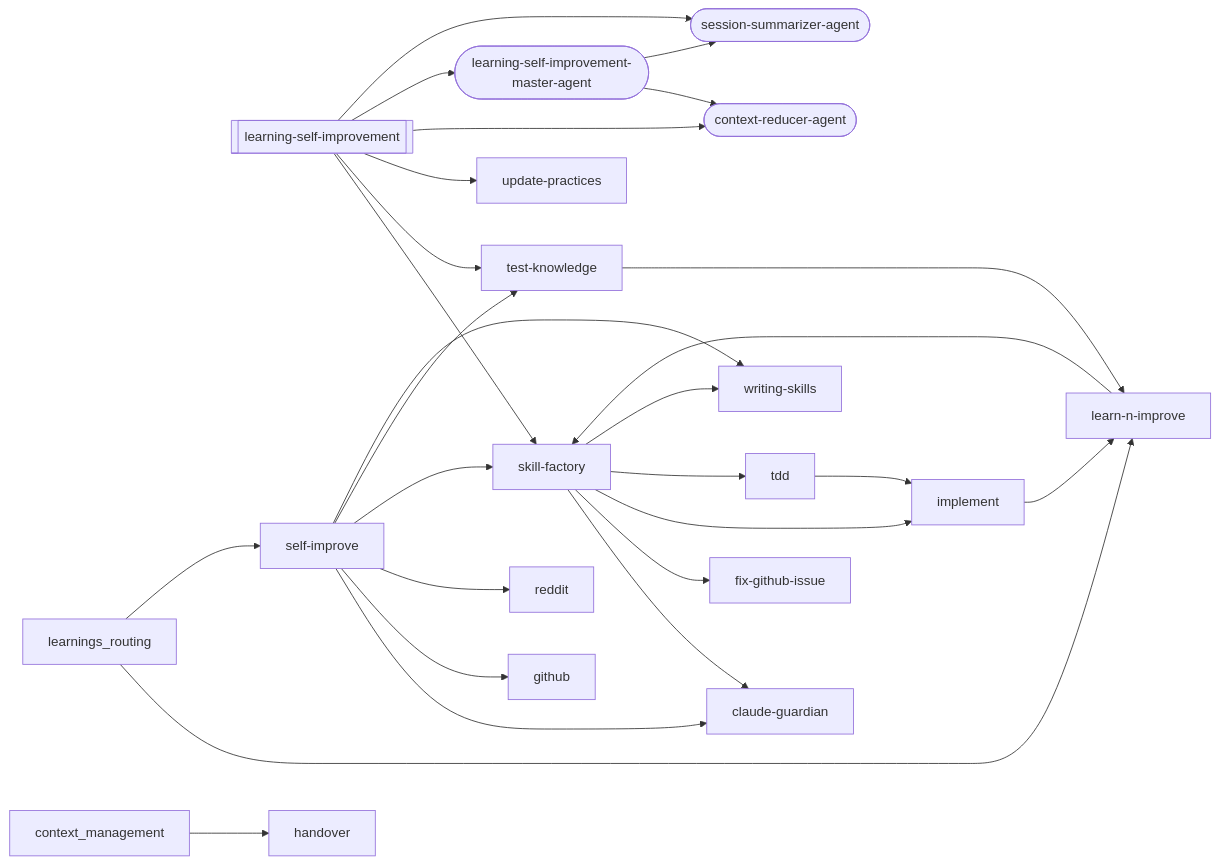
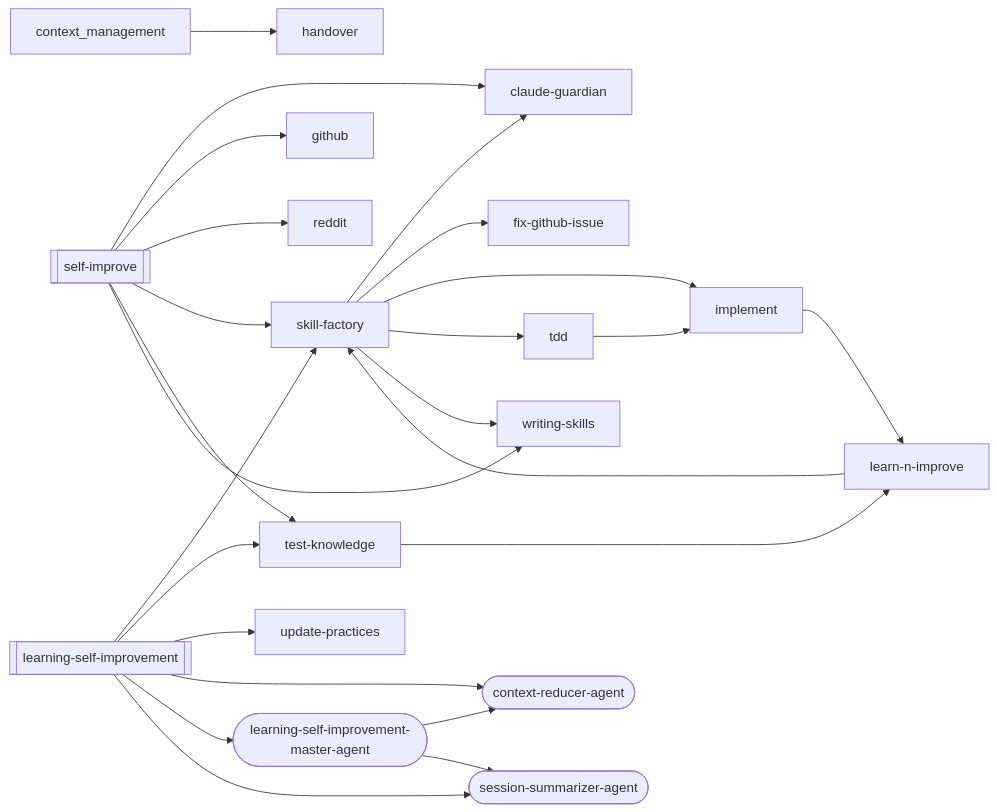
One commit to abhayla/claude-best-practices changed the third of 20 diagrams in docs/workflows/learning-self-improvement.md. Above: the diagram before and after it, drawn with Mermaid. The commit also changed other lines of this file and 25 other files, not shown here.

````diff
--- a/docs/workflows/learning-self-improvement.md
+++ b/docs/workflows/learning-self-improvement.md
@@ -367,46 +364,44 @@
 ```mermaid
 graph LR
     learning_self_improvement[["learning-self-improvement"]]
+    self_improve[["self-improve"]]
     claude_guardian["claude-guardian"]
     context_reducer_agent(["context-reducer-agent"])
     fix_github_issue["fix-github-issue"]
     github["github"]
     handover["handover"]
     implement["implement"]
     learn_n_improve["learn-n-improve"]
     learning_self_improvement_master_agent(["learning-self-improvement-master-agent"])
     reddit["reddit"]
-    self_improve["self-improve"]
     session_summarizer_agent(["session-summarizer-agent"])
     skill_factory["skill-factory"]
     tdd["tdd"]
     test_knowledge["test-knowledge"]
     update_practices["update-practices"]
     writing_skills["writing-skills"]
     implement --> learn_n_improve
     learn_n_improve --> skill_factory
     learning_self_improvement --> skill_factory
     learning_self_improvement --> test_knowledge
     learning_self_improvement --> update_practices
     learning_self_improvement --> context_reducer_agent
     learning_self_improvement --> learning_self_improvement_master_agent
     learning_self_improvement --> session_summarizer_agent
     skill_factory --> claude_guardian
     skill_factory --> fix_github_issue
     skill_factory --> implement
     skill_factory --> tdd
     skill_factory --> writing_skills
     tdd --> implement
     test_knowledge --> learn_n_improve
     self_improve --> claude_guardian
     self_improve --> github
     self_improve --> reddit
     self_improve --> skill_factory
     self_improve --> test_knowledge
     self_improve --> writing_skills
     learning_self_improvement_master_agent --> context_reducer_agent
     learning_self_improvement_master_agent --> session_summarizer_agent
     context_management --> handover
-    learnings_routing --> learn_n_improve
-    learnings_routing --> self_improve
 ```
````
